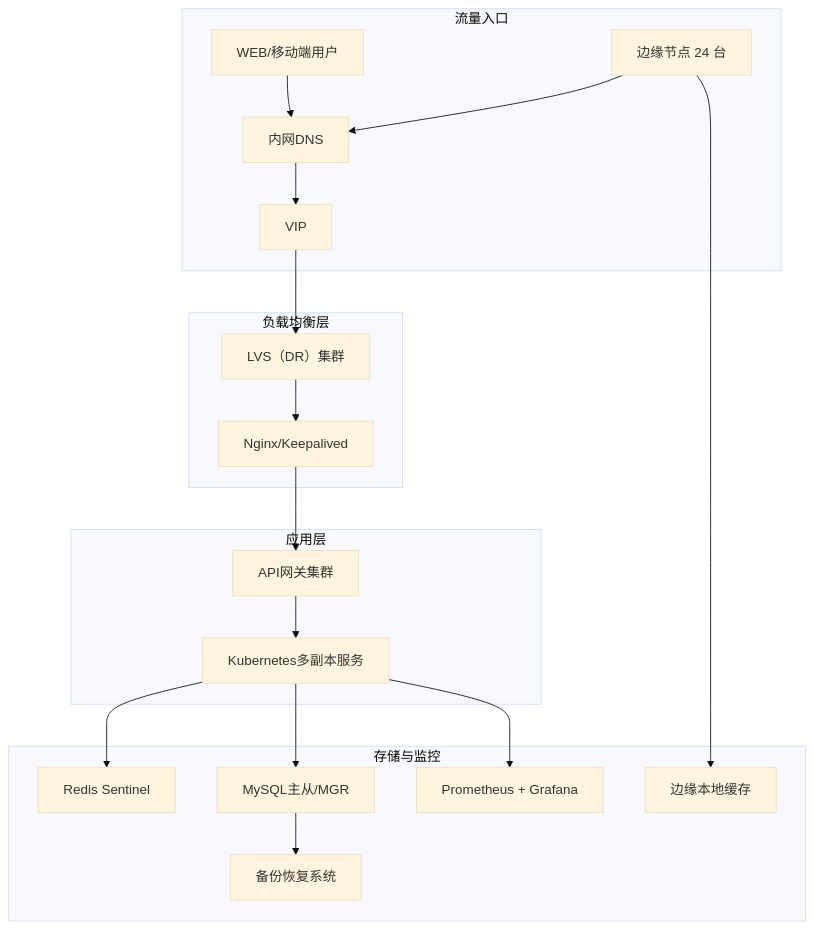
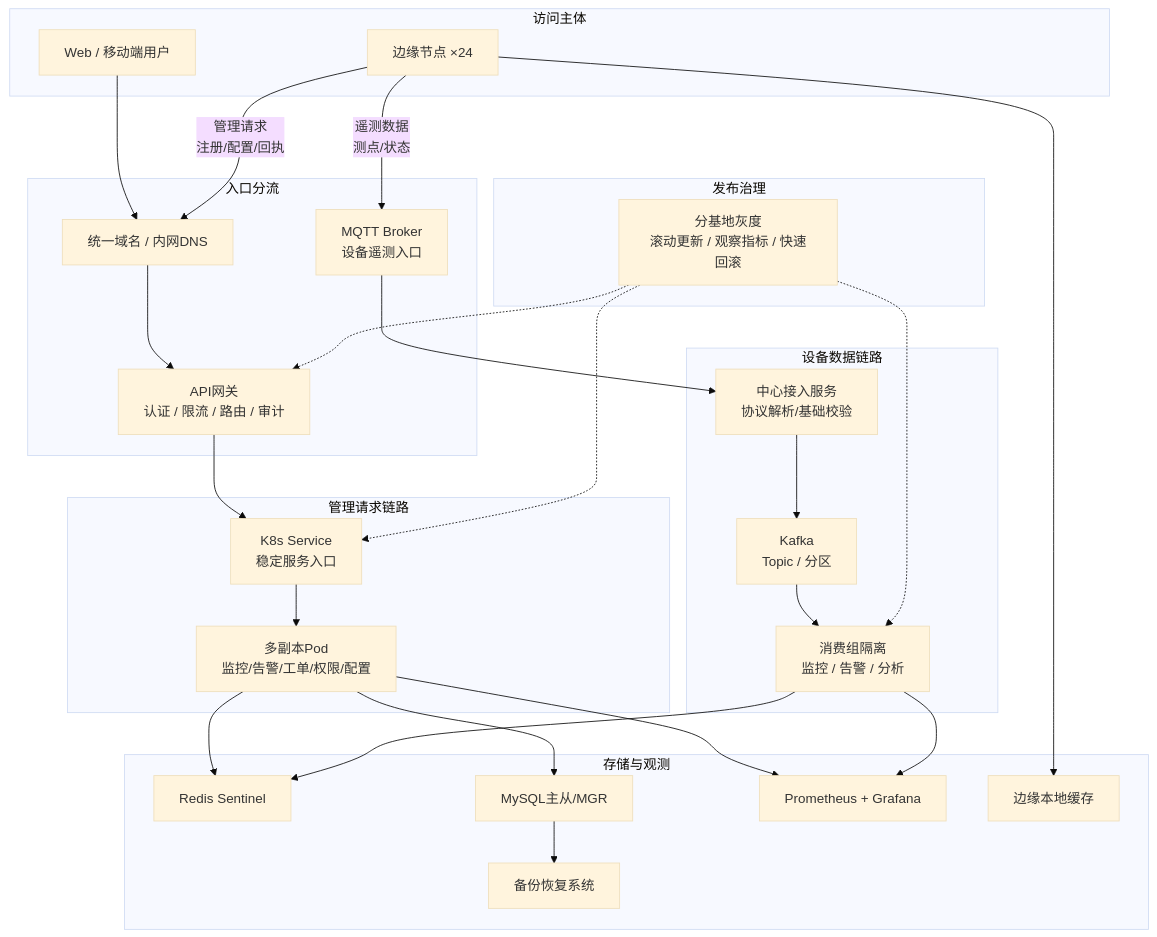
Before and after one commit to dptdptdpt1/26_jgs_lw: the sixth of 7 diagrams in 项目图示.md, drawn with Mermaid (base theme). The commit also changed other lines of this file and 2 other files, not shown here.

````diff
--- a/项目图示.md
+++ b/项目图示.md
@@ -267,39 +267,51 @@
 ```mermaid
 flowchart TD
-    subgraph 流量入口
-        A["边缘节点 24 台"]
-        U["WEB/移动端用户"]
-        B["内网DNS"]
-        V["VIP"]
-        A --> B
-        U --> B
-        B --> V
+    subgraph 访问主体
+        A["边缘节点 ×24"]
+        U["Web / 移动端用户"]
     end
 
-    subgraph 负载均衡层
-        LV["LVS（DR）集群"]
-        NX["Nginx/Keepalived"]
-        V --> LV
-        LV --> NX
+    subgraph 入口分流
+        DNS["统一域名 / 内网DNS"]
+        GW["API网关<br/>认证 / 限流 / 路由 / 审计"]
+        MQTT["MQTT Broker<br/>设备遥测入口"]
+        U --> DNS --> GW
+        A -->|管理请求<br/>注册/配置/回执| DNS
+        A -->|遥测数据<br/>测点/状态| MQTT
     end
 
-    subgraph 应用层
-        GW["API网关集群"]
-        SVC["Kubernetes多副本服务"]
-        NX --> GW
-        GW --> SVC
+    subgraph 管理请求链路
+        SVC["K8s Service<br/>稳定服务入口"]
+        POD["多副本Pod<br/>监控/告警/工单/权限/配置"]
+        GW --> SVC --> POD
     end
 
-    subgraph 存储与监控
+    subgraph 设备数据链路
+        ING["中心接入服务<br/>协议解析/基础校验"]
+        KAFKA["Kafka<br/>Topic / 分区"]
+        CG["消费组隔离<br/>监控 / 告警 / 分析"]
+        MQTT --> ING --> KAFKA --> CG
+    end
+
+    subgraph 存储与观测
         REDIS["Redis Sentinel"]
         MYSQL["MySQL主从/MGR"]
         MON["Prometheus + Grafana"]
         BACKUP["备份恢复系统"]
         CACHE["边缘本地缓存"]
-        SVC --> REDIS
-        SVC --> MYSQL
-        SVC --> MON
+        POD --> REDIS
+        POD --> MYSQL
+        POD --> MON
+        CG --> REDIS
+        CG --> MON
         MYSQL --> BACKUP
         A --> CACHE
     end
+
+    subgraph 发布治理
+        REL["分基地灰度<br/>滚动更新 / 观察指标 / 快速回滚"]
+        REL -.-> GW
+        REL -.-> SVC
+        REL -.-> CG
+    end
 ```
````
